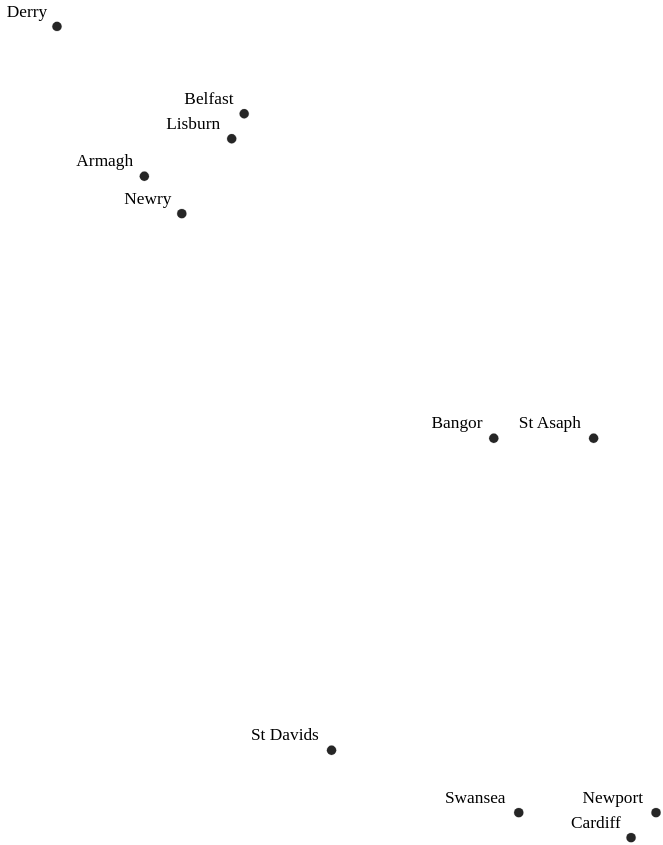
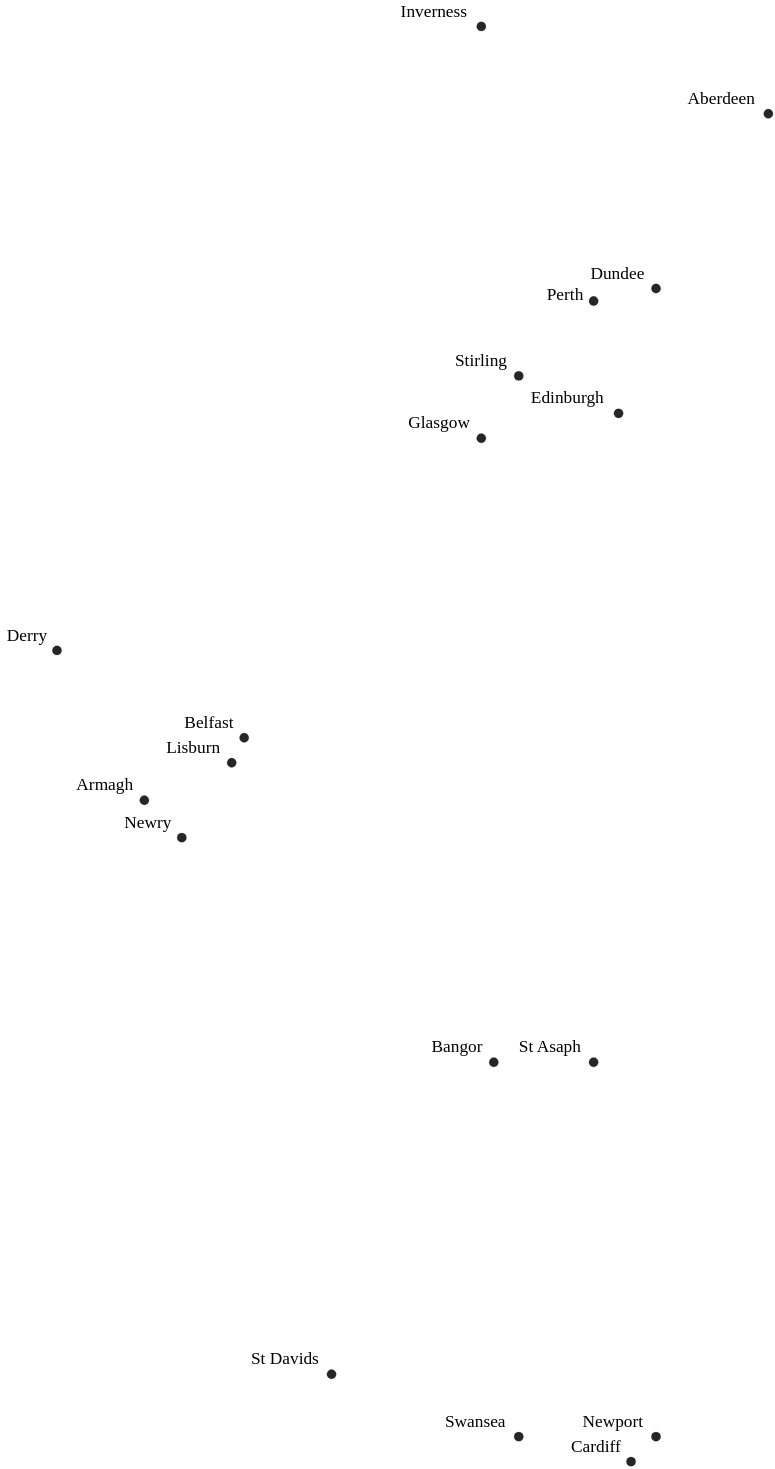
The diagram in uk-roadmap/roadmap.dot (irishmicoletcando/stacks-queues-priorityqueues), drawn with Graphviz before and after one commit.

Commit message:
Add information about the country of Scotland

```diff
--- a/uk-roadmap/roadmap.dot
+++ b/uk-roadmap/roadmap.dot
@@ -1,26 +1,38 @@
 graph "Cities in the United Kingdom" {
   graph [layout = fdp; bgcolor = white;];
   node [shape = point; color = gray15; height = 0.75; fontsize = 100;];
   edge [color = gray15; penwidth = 2.5; fontsize = 60;];
   
   // north ireland info
   subgraph northern_ireland {
     node [country = "Northern Ireland";];
     armagh [year = 1994;latitude = 54.3499;longitude = -6.6546;xlabel = "Armagh";pos = "7,74!";];
     belfast [year = 1888;latitude = 54.596389;longitude = -5.93;xlabel = "Belfast";pos = "15,79!";];
     derry [year = 1604;latitude = 54.9975;longitude = -7.32;xlabel = "Derry";pos = "0,86!";];
     lisburn [year = 2002;latitude = 54.512;longitude = -6.031;xlabel = "Lisburn";pos = "14,77!";];
     newry [year = 2002;latitude = 54.176;longitude = -6.349;xlabel = "Newry";pos = "10,71!";];
   }
   
   // wales info
   subgraph wales {
     node [country = "Wales";];
     bangor [year = 0;latitude = 53.228;longitude = -4.128;xlabel = "Bangor";pos = "35,53!";];
     cardiff [year = 1905;latitude = 51.481667;longitude = -3.179167;xlabel = "Cardiff";pos = "46,21!";];
     newport [year = 2002;latitude = 51.583333;longitude = -3;xlabel = "Newport";pos = "48,23!";];
     st_asaph [year = 2012;latitude = 53.258;longitude = -3.442;xlabel = "St Asaph";pos = "43,53!";];
     st_davids [year = 1994;latitude = 51.882;longitude = -5.269;xlabel = "St Davids";pos = "22,28!";];
     swansea [year = 1969;latitude = 51.616667;longitude = -3.95;xlabel = "Swansea";pos = "37,23!";];
   }
+  
+  // scotland info
+  subgraph scotland {
+    node [country = "Scotland";];
+    aberdeen [year = 1891;latitude = 57.15;longitude = -2.11;xlabel = "Aberdeen";pos = "57,129!";];
+    dundee [year = 1889;latitude = 56.462;longitude = -2.9707;xlabel = "Dundee";pos = "48,115!";];
+    edinburgh [year = 1329;latitude = 55.953333;longitude = -3.189167;xlabel = "Edinburgh";pos = "45,105!";];
+    glasgow [year = 1492;latitude = 55.861111;longitude = -4.25;xlabel = "Glasgow";pos = "34,103!";];
+    inverness [year = 2001;latitude = 57.4778;longitude = -4.2247;xlabel = "Inverness";pos = "34,136!";];
+    perth [year = 2012;latitude = 56.395833;longitude = -3.433333;xlabel = "Perth";pos = "43,114!";];
+    stirling [year = 2002;latitude = 56.1166;longitude = -3.9369;xlabel = "Stirling";pos = "37,108!";];
+  }
 }
```
